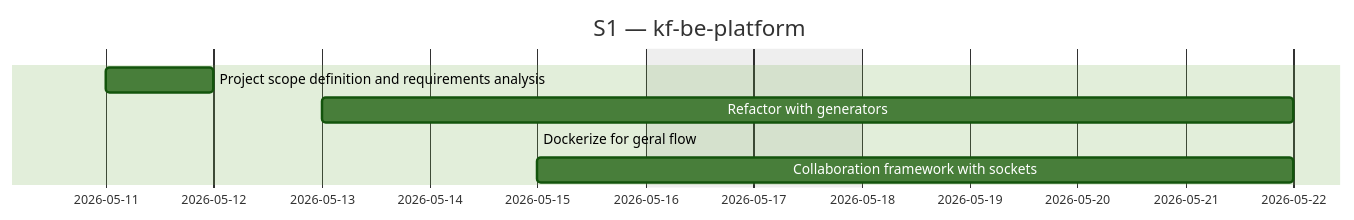
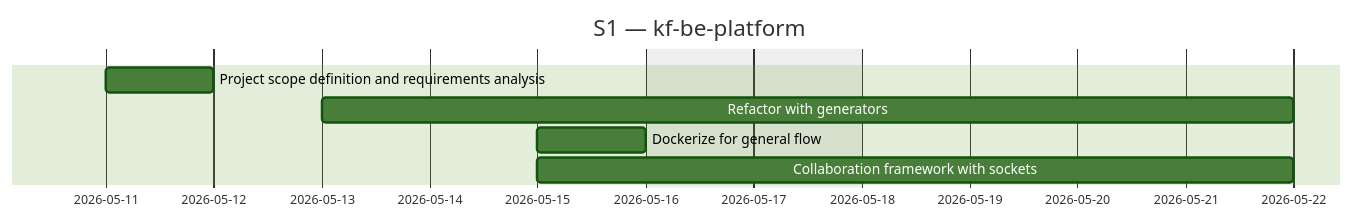
Before and after one commit to Katty-Fashion/kf-cpto: the second of 3 diagrams in docs/_projects/kf-be-platform.md, drawn with Mermaid (forest theme). The commit also changed other lines of this file and 11 other files, not shown here.

````diff
--- a/docs/_projects/kf-be-platform.md
+++ b/docs/_projects/kf-be-platform.md
@@ -62,11 +62,11 @@
 ```mermaid
 gantt
     title S1 — kf-be-platform
     dateFormat YYYY-MM-DD
     excludes weekends
 
     Project scope definition and requirements analysis :2026-05-11, 2026-05-12
     Refactor with generators :2026-05-13, 2026-05-22
-    Dockerize for geral flow :2026-05-15, 2026-05-15
+    Dockerize for general flow :2026-05-15, 2026-05-16
     Collaboration framework with sockets :2026-05-15, 2026-05-22
 ```
````
